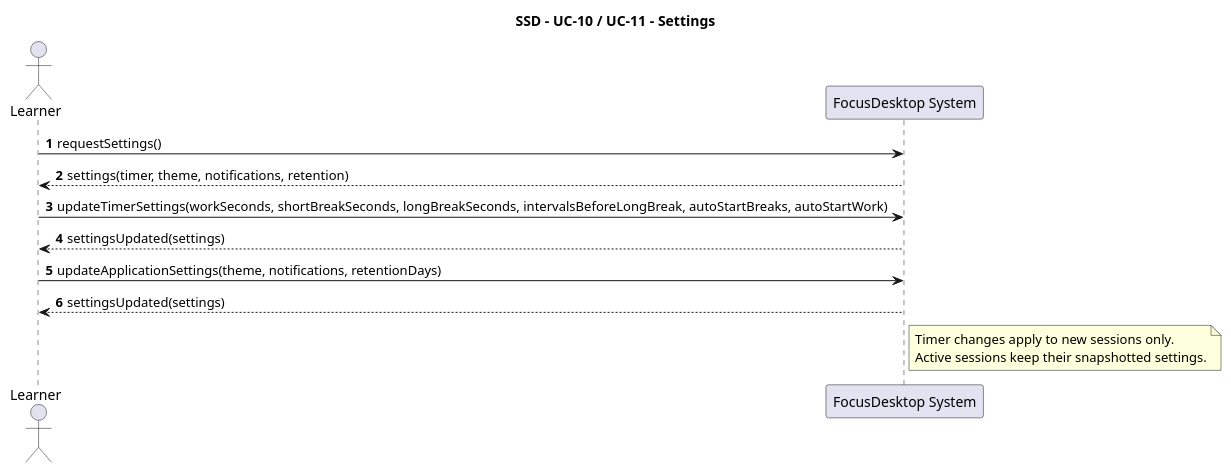
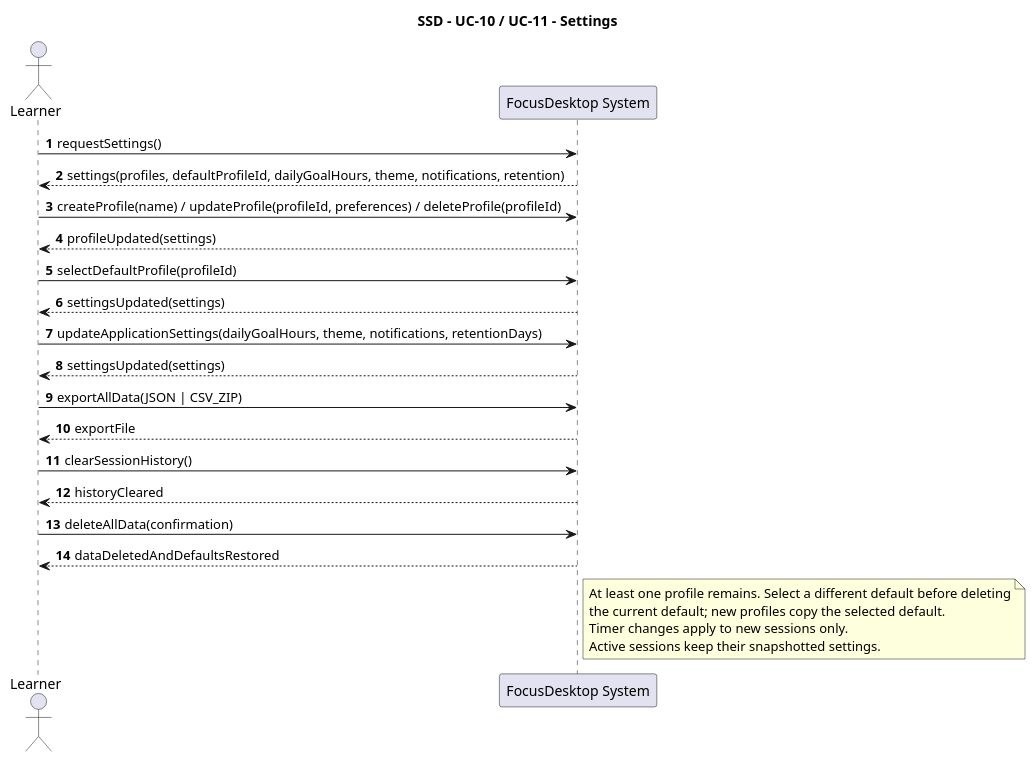
One commit to MiguelRibeiro1210/Focus-and-Study-Tracking changed the diagram in docs/SSD/SSD_Settings.puml. Above: the diagram before and after it, drawn with PlantUML. The commit also changed 21 other files, not shown here.

```diff
--- a/docs/SSD/SSD_Settings.puml
+++ b/docs/SSD/SSD_Settings.puml
@@ -1,22 +1,36 @@
 @startuml
 title SSD - UC-10 / UC-11 - Settings
 
 autonumber
 actor Learner
 participant "FocusDesktop System" as System
 
 Learner -> System : requestSettings()
-System --> Learner : settings(timer, theme, notifications, retention)
+System --> Learner : settings(profiles, defaultProfileId, dailyGoalHours, theme, notifications, retention)
 
-Learner -> System : updateTimerSettings(workSeconds, shortBreakSeconds, longBreakSeconds, intervalsBeforeLongBreak, autoStartBreaks, autoStartWork)
+Learner -> System : createProfile(name) / updateProfile(profileId, preferences) / deleteProfile(profileId)
+System --> Learner : profileUpdated(settings)
+
+Learner -> System : selectDefaultProfile(profileId)
 System --> Learner : settingsUpdated(settings)
 
-Learner -> System : updateApplicationSettings(theme, notifications, retentionDays)
+Learner -> System : updateApplicationSettings(dailyGoalHours, theme, notifications, retentionDays)
 System --> Learner : settingsUpdated(settings)
 
+Learner -> System : exportAllData(JSON | CSV_ZIP)
+System --> Learner : exportFile
+
+Learner -> System : clearSessionHistory()
+System --> Learner : historyCleared
+
+Learner -> System : deleteAllData(confirmation)
+System --> Learner : dataDeletedAndDefaultsRestored
+
 note right of System
+  At least one profile remains. Select a different default before deleting
+  the current default; new profiles copy the selected default.
   Timer changes apply to new sessions only.
   Active sessions keep their snapshotted settings.
 end note
 
 @enduml
```
